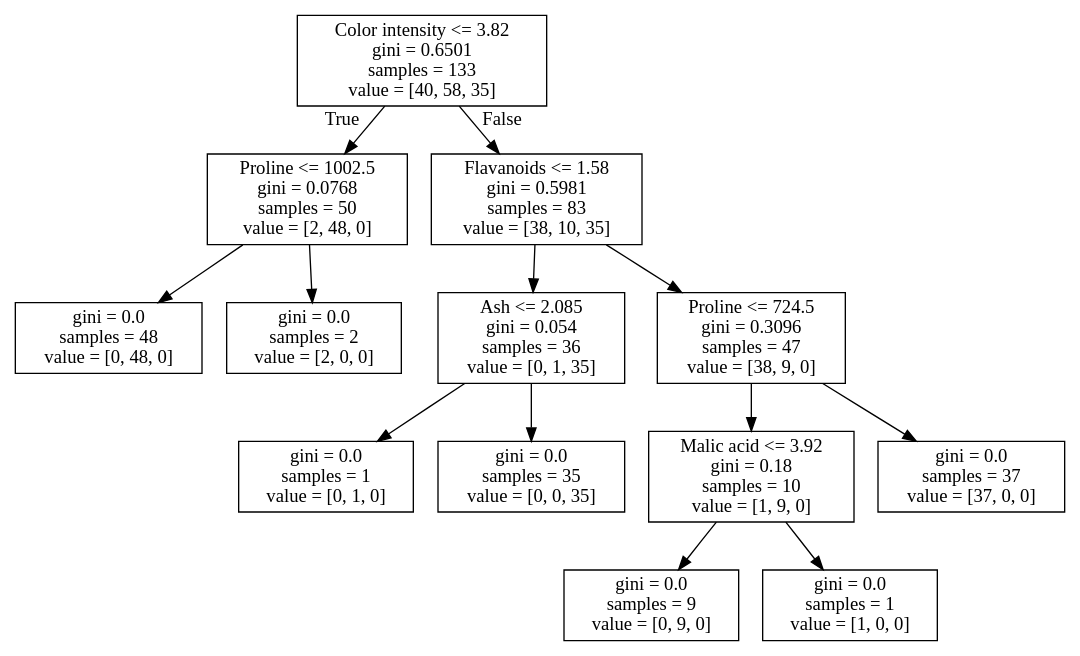
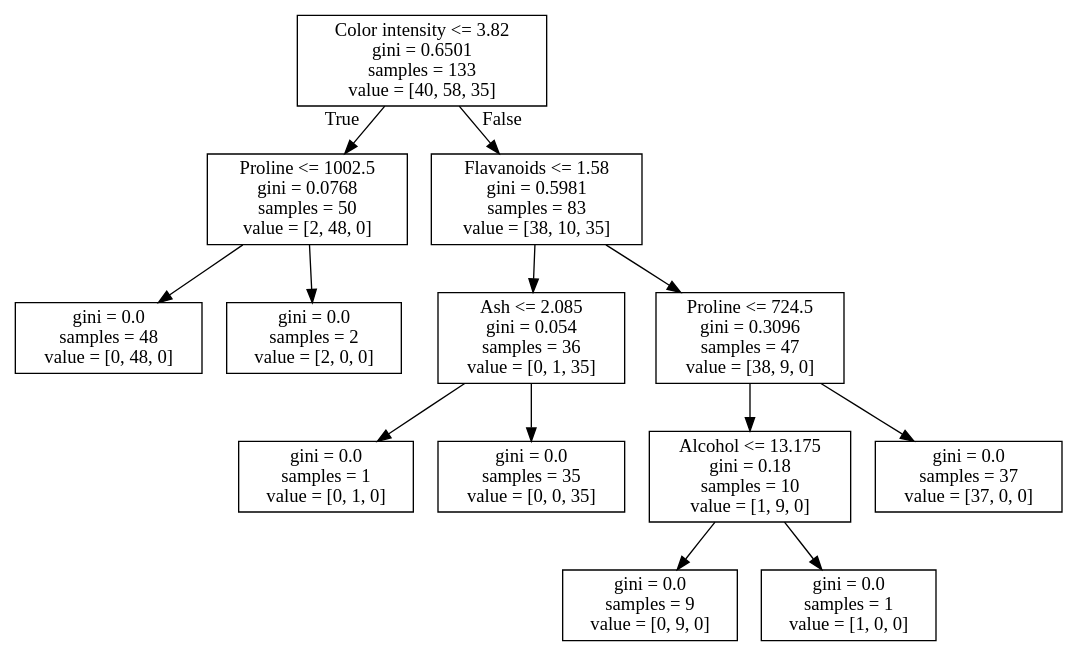
Before and after one commit to AnilKumarTeegala/DSE220_Machine_Learning: the diagram in IPynb/workfile.dot, drawn with Graphviz. The commit also changed 3 other files, not shown here.

```diff
--- a/IPynb/workfile.dot
+++ b/IPynb/workfile.dot
@@ -1,28 +1,28 @@
 digraph Tree {
 node [shape=box] ;
 0 [label="Color intensity <= 3.82\ngini = 0.6501\nsamples = 133\nvalue = [40, 58, 35]"] ;
 1 [label="Proline <= 1002.5\ngini = 0.0768\nsamples = 50\nvalue = [2, 48, 0]"] ;
 0 -> 1 [labeldistance=2.5, labelangle=45, headlabel="True"] ;
 2 [label="gini = 0.0\nsamples = 48\nvalue = [0, 48, 0]"] ;
 1 -> 2 ;
 3 [label="gini = 0.0\nsamples = 2\nvalue = [2, 0, 0]"] ;
 1 -> 3 ;
 4 [label="Flavanoids <= 1.58\ngini = 0.5981\nsamples = 83\nvalue = [38, 10, 35]"] ;
 0 -> 4 [labeldistance=2.5, labelangle=-45, headlabel="False"] ;
 5 [label="Ash <= 2.085\ngini = 0.054\nsamples = 36\nvalue = [0, 1, 35]"] ;
 4 -> 5 ;
 6 [label="gini = 0.0\nsamples = 1\nvalue = [0, 1, 0]"] ;
 5 -> 6 ;
 7 [label="gini = 0.0\nsamples = 35\nvalue = [0, 0, 35]"] ;
 5 -> 7 ;
 8 [label="Proline <= 724.5\ngini = 0.3096\nsamples = 47\nvalue = [38, 9, 0]"] ;
 4 -> 8 ;
-9 [label="Malic acid <= 3.92\ngini = 0.18\nsamples = 10\nvalue = [1, 9, 0]"] ;
+9 [label="Alcohol <= 13.175\ngini = 0.18\nsamples = 10\nvalue = [1, 9, 0]"] ;
 8 -> 9 ;
 10 [label="gini = 0.0\nsamples = 9\nvalue = [0, 9, 0]"] ;
 9 -> 10 ;
 11 [label="gini = 0.0\nsamples = 1\nvalue = [1, 0, 0]"] ;
 9 -> 11 ;
 12 [label="gini = 0.0\nsamples = 37\nvalue = [37, 0, 0]"] ;
 8 -> 12 ;
 }
```
